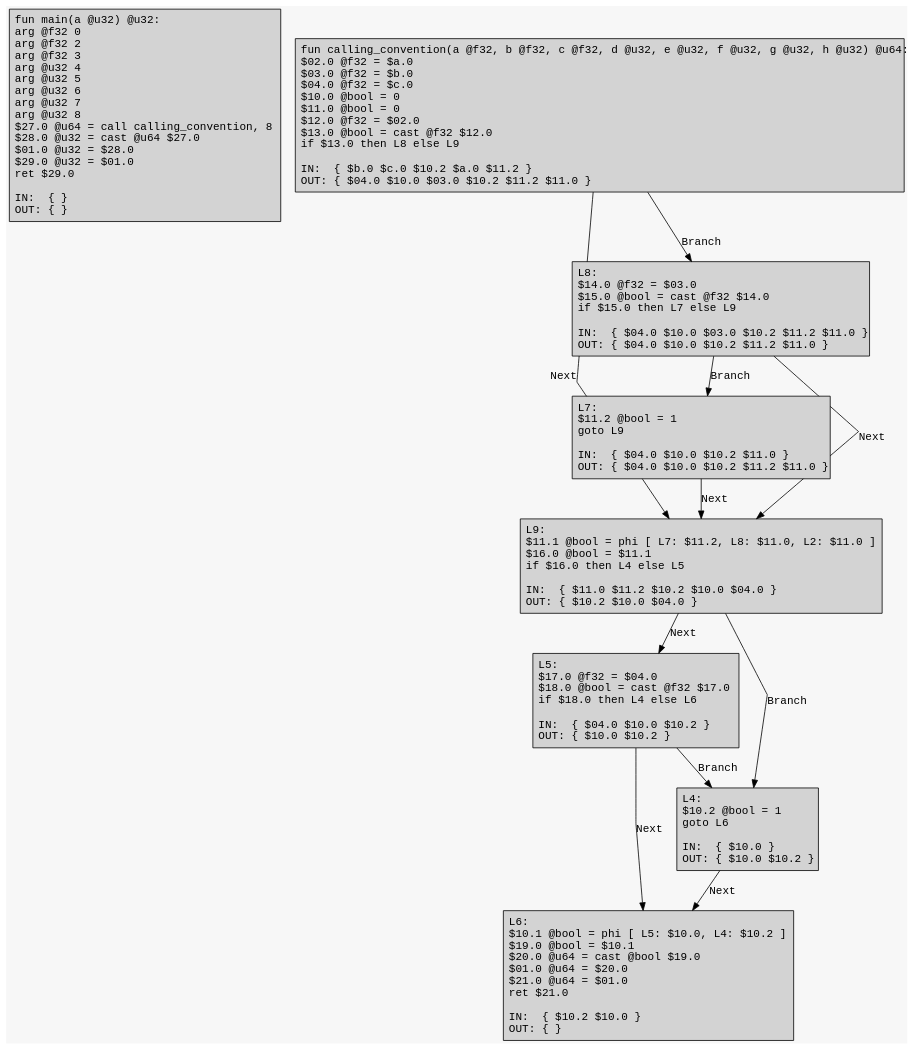
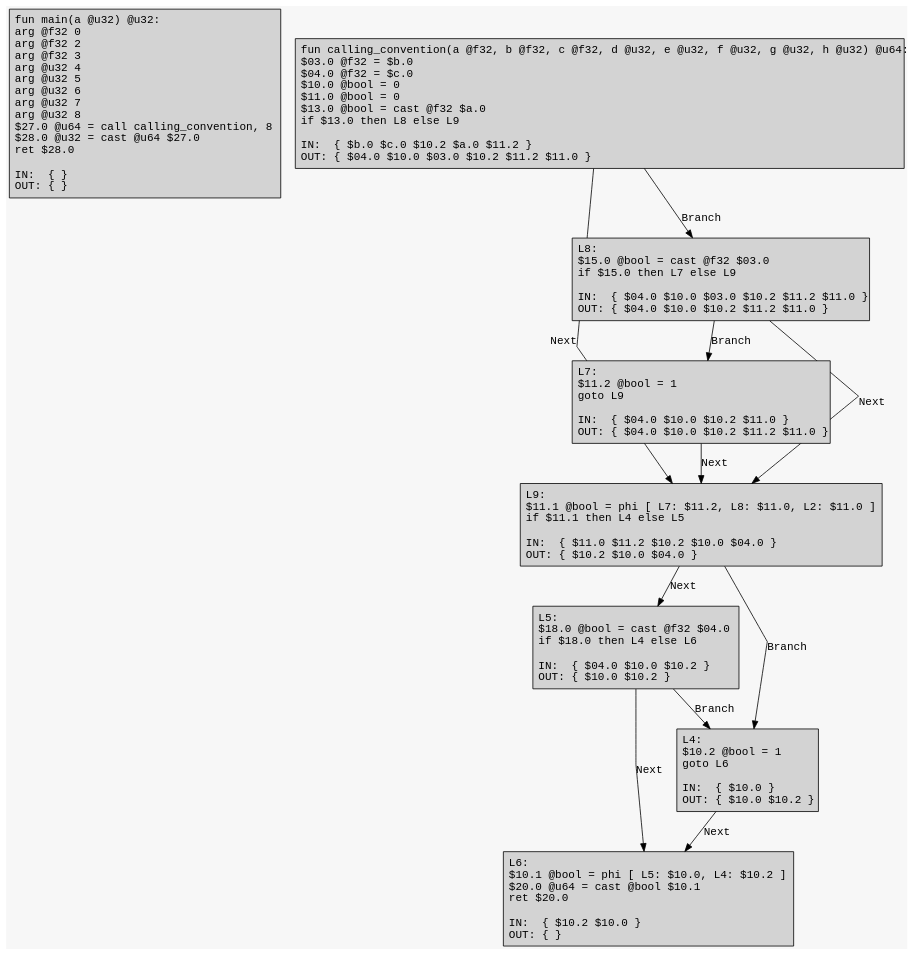
The diagram in example/cc/cc.dot (ArkoiSystems/arkoi_language), drawn with Graphviz before and after one commit. The commit also changed 8 other files, not shown here.

First line of the commit message:
Perform copy elimination and simplify computation flows

```diff
--- a/example/cc/cc.dot
+++ b/example/cc/cc.dot
@@ -1,26 +1,26 @@
 digraph CFG {
 	graph [fontname = "Monospace"];
 	node  [fontname = "Monospace", shape=box, style=filled, margin=0.1];
 	edge  [fontname = "Monospace"];
 	bgcolor = "#f7f7f7";
 	splines = false;
 
-	L0 [label="fun main(a @u32) @u32:\l arg @f32 0\l arg @f32 2\l arg @f32 3\l arg @u32 4\l arg @u32 5\l arg @u32 6\l arg @u32 7\l arg @u32 8\l $27.0 @u64 = call calling_convention, 8\l $28.0 @u32 = cast @u64 $27.0\l $01.0 @u32 = $28.0\l $29.0 @u32 = $01.0\l ret $29.0\l\lIN:  { }\lOUT: { }\l"];
-	L2 [label="fun calling_convention(a @f32, b @f32, c @f32, d @u32, e @u32, f @u32, g @u32, h @u32) @u64:\l $02.0 @f32 = $a.0\l $03.0 @f32 = $b.0\l $04.0 @f32 = $c.0\l $10.0 @bool = 0\l $11.0 @bool = 0\l $12.0 @f32 = $02.0\l $13.0 @bool = cast @f32 $12.0\l if $13.0 then L8 else L9\l\lIN:  { $b.0 $c.0 $10.2 $a.0 $11.2 }\lOUT: { $04.0 $10.0 $03.0 $10.2 $11.2 $11.0 }\l"];
+	L0 [label="fun main(a @u32) @u32:\l arg @f32 0\l arg @f32 2\l arg @f32 3\l arg @u32 4\l arg @u32 5\l arg @u32 6\l arg @u32 7\l arg @u32 8\l $27.0 @u64 = call calling_convention, 8\l $28.0 @u32 = cast @u64 $27.0\l ret $28.0\l\lIN:  { }\lOUT: { }\l"];
+	L2 [label="fun calling_convention(a @f32, b @f32, c @f32, d @u32, e @u32, f @u32, g @u32, h @u32) @u64:\l $03.0 @f32 = $b.0\l $04.0 @f32 = $c.0\l $10.0 @bool = 0\l $11.0 @bool = 0\l $13.0 @bool = cast @f32 $a.0\l if $13.0 then L8 else L9\l\lIN:  { $b.0 $c.0 $10.2 $a.0 $11.2 }\lOUT: { $04.0 $10.0 $03.0 $10.2 $11.2 $11.0 }\l"];
 	L2 -> L9 [label="Next"];
 	L2 -> L8 [label="Branch"];
-	L9 [label="L9:\l $11.1 @bool = phi [ L7: $11.2, L8: $11.0, L2: $11.0 ]\l $16.0 @bool = $11.1\l if $16.0 then L4 else L5\l\lIN:  { $11.0 $11.2 $10.2 $10.0 $04.0 }\lOUT: { $10.2 $10.0 $04.0 }\l"];
+	L9 [label="L9:\l $11.1 @bool = phi [ L7: $11.2, L8: $11.0, L2: $11.0 ]\l if $11.1 then L4 else L5\l\lIN:  { $11.0 $11.2 $10.2 $10.0 $04.0 }\lOUT: { $10.2 $10.0 $04.0 }\l"];
 	L9 -> L5 [label="Next"];
 	L9 -> L4 [label="Branch"];
-	L5 [label="L5:\l $17.0 @f32 = $04.0\l $18.0 @bool = cast @f32 $17.0\l if $18.0 then L4 else L6\l\lIN:  { $04.0 $10.0 $10.2 }\lOUT: { $10.0 $10.2 }\l"];
+	L5 [label="L5:\l $18.0 @bool = cast @f32 $04.0\l if $18.0 then L4 else L6\l\lIN:  { $04.0 $10.0 $10.2 }\lOUT: { $10.0 $10.2 }\l"];
 	L5 -> L6 [label="Next"];
 	L5 -> L4 [label="Branch"];
-	L6 [label="L6:\l $10.1 @bool = phi [ L5: $10.0, L4: $10.2 ]\l $19.0 @bool = $10.1\l $20.0 @u64 = cast @bool $19.0\l $01.0 @u64 = $20.0\l $21.0 @u64 = $01.0\l ret $21.0\l\lIN:  { $10.2 $10.0 }\lOUT: { }\l"];
+	L6 [label="L6:\l $10.1 @bool = phi [ L5: $10.0, L4: $10.2 ]\l $20.0 @u64 = cast @bool $10.1\l ret $20.0\l\lIN:  { $10.2 $10.0 }\lOUT: { }\l"];
 	L4 [label="L4:\l $10.2 @bool = 1\l goto L6\l\lIN:  { $10.0 }\lOUT: { $10.0 $10.2 }\l"];
 	L4 -> L6 [label="Next"];
-	L8 [label="L8:\l $14.0 @f32 = $03.0\l $15.0 @bool = cast @f32 $14.0\l if $15.0 then L7 else L9\l\lIN:  { $04.0 $10.0 $03.0 $10.2 $11.2 $11.0 }\lOUT: { $04.0 $10.0 $10.2 $11.2 $11.0 }\l"];
+	L8 [label="L8:\l $15.0 @bool = cast @f32 $03.0\l if $15.0 then L7 else L9\l\lIN:  { $04.0 $10.0 $03.0 $10.2 $11.2 $11.0 }\lOUT: { $04.0 $10.0 $10.2 $11.2 $11.0 }\l"];
 	L8 -> L9 [label="Next"];
 	L8 -> L7 [label="Branch"];
 	L7 [label="L7:\l $11.2 @bool = 1\l goto L9\l\lIN:  { $04.0 $10.0 $10.2 $11.0 }\lOUT: { $04.0 $10.0 $10.2 $11.2 $11.0 }\l"];
 	L7 -> L9 [label="Next"];
 }
```
